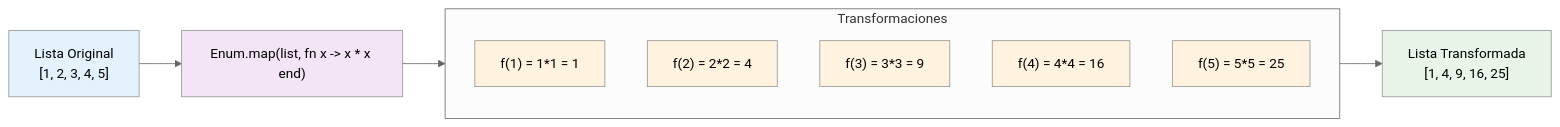
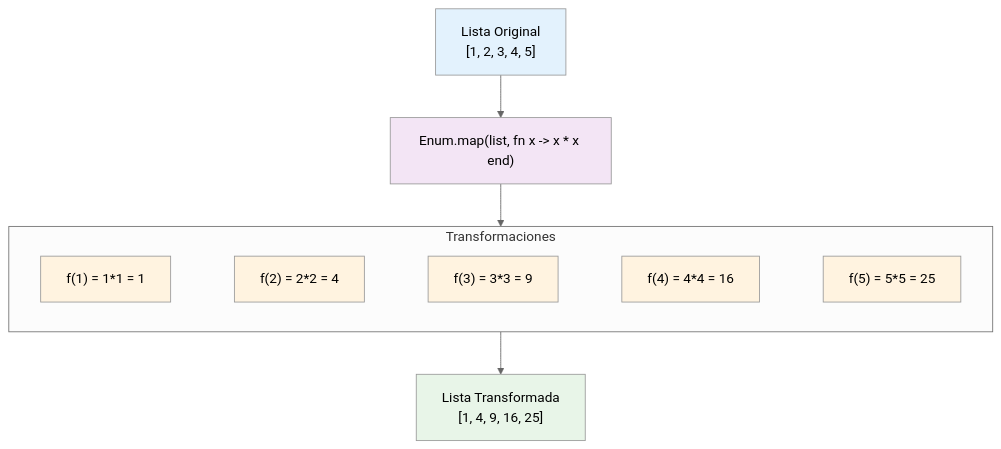
The first of 3 diagrams in docs/5.colecciones.md (caflorezvi/guias-programacion3), drawn with Mermaid (neutral theme) before and after one commit. The commit also changed other lines of this file, not shown here.

Commit message:
Ajustes en las gráficas

```diff
--- a/docs/5.colecciones.md
+++ b/docs/5.colecciones.md
@@ -206,29 +206,32 @@
 <div class="mermaid" style="text-align: center;">
-flowchart LR
+flowchart TD
+    subgraph Transform["Transformaciones"]
+        direction LR
+        F1["f(1) = 1*1 = 1"] --- F2["f(2) = 2*2 = 4"]
+        F2 --- F3["f(3) = 3*3 = 9"]
+        F3 --- F4["f(4) = 4*4 = 16"]
+        F4 --- F5["f(5) = 5*5 = 25"]
+    end
+
+    %% nodos externos
     Input["Lista Original<br/>[1, 2, 3, 4, 5]"]
-    
     Code["Enum.map(list, fn x -> x * x end)"]
-    
-    subgraph Transform["Transformaciones"]
-        F1["f(1) = 1*1 = 1"]
-        F2["f(2) = 2*2 = 4"] 
-        F3["f(3) = 3*3 = 9"]
-        F4["f(4) = 4*4 = 16"]
-        F5["f(5) = 5*5 = 25"]
-    end
-    
     Output["Lista Transformada<br/>[1, 4, 9, 16, 25]"]
-    
+
+    %% enlaces externos (estos quedan después en la cuenta de links)
     Input --> Code
     Code --> Transform
     Transform --> Output
-    
+
+    %% estilos nodos
     style Input fill:#e3f2fd
     style Code fill:#f3e5f5
     style Output fill:#e8f5e8
     style F1 fill:#fff3e0
     style F2 fill:#fff3e0
     style F3 fill:#fff3e0
     style F4 fill:#fff3e0
     style F5 fill:#fff3e0
+
+    linkStyle 0,1,2,3 stroke-width:0px,stroke-opacity:0,opacity:0
 </div>
```
